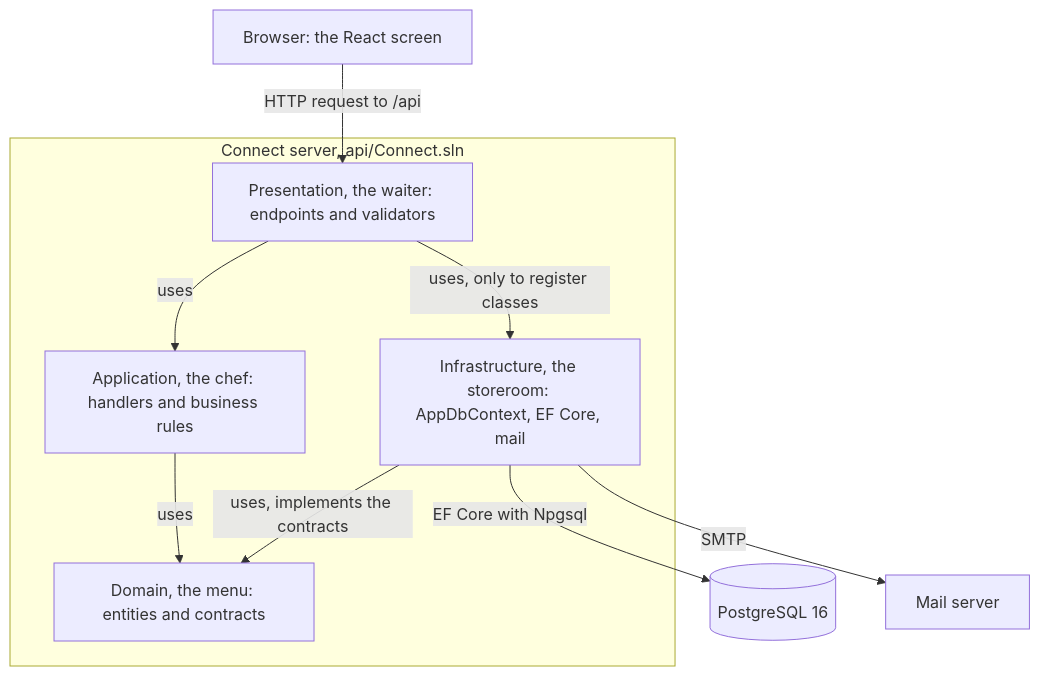
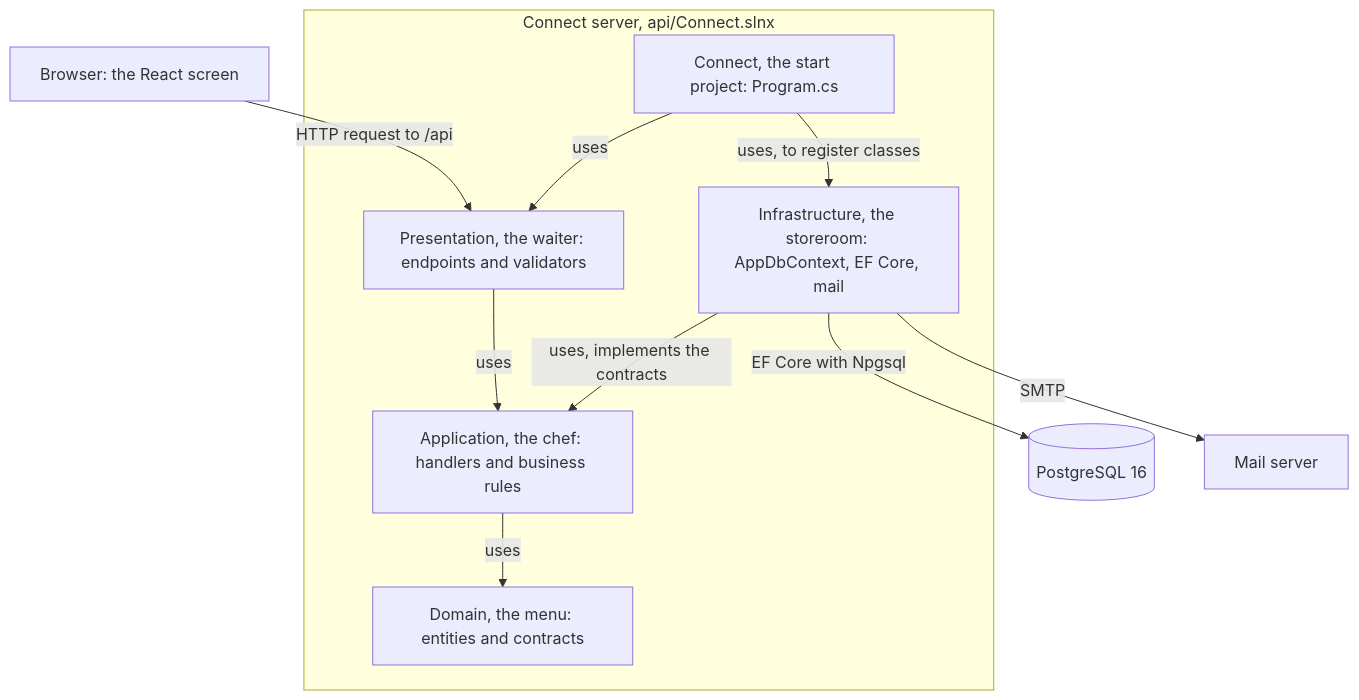
The first of 4 diagrams in docs/architecture/architecture.md (guruITA/connect-nine), drawn with Mermaid before and after one commit. The commit also changed other lines of this file and 2 other files, not shown here.

````diff
--- a/docs/architecture/architecture.md
+++ b/docs/architecture/architecture.md
@@ -151,16 +157,18 @@
 ```mermaid
 flowchart TB
     Browser["Browser: the React screen"] -->|"HTTP request to /api"| P
-    subgraph Server["Connect server, api/Connect.sln"]
+    subgraph Server["Connect server, api/Connect.slnx"]
+        C["Connect, the start project: Program.cs"]
         P["Presentation, the waiter: endpoints and validators"]
         A["Application, the chef: handlers and business rules"]
         D["Domain, the menu: entities and contracts"]
         I["Infrastructure, the storeroom: AppDbContext, EF Core, mail"]
+        C -->|"uses"| P
+        C -->|"uses, to register classes"| I
         P -->|"uses"| A
-        P -->|"uses, only to register classes"| I
         A -->|"uses"| D
-        I -->|"uses, implements the contracts"| D
+        I -->|"uses, implements the contracts"| A
     end
     I -->|"EF Core with Npgsql"| DB[("PostgreSQL 16")]
     I -->|"SMTP"| Mail["Mail server"]
 ```
````
